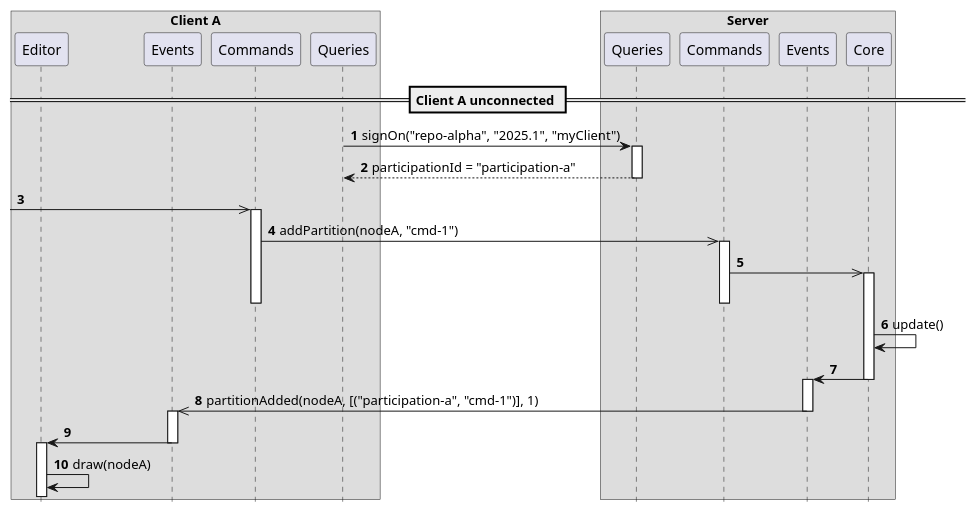
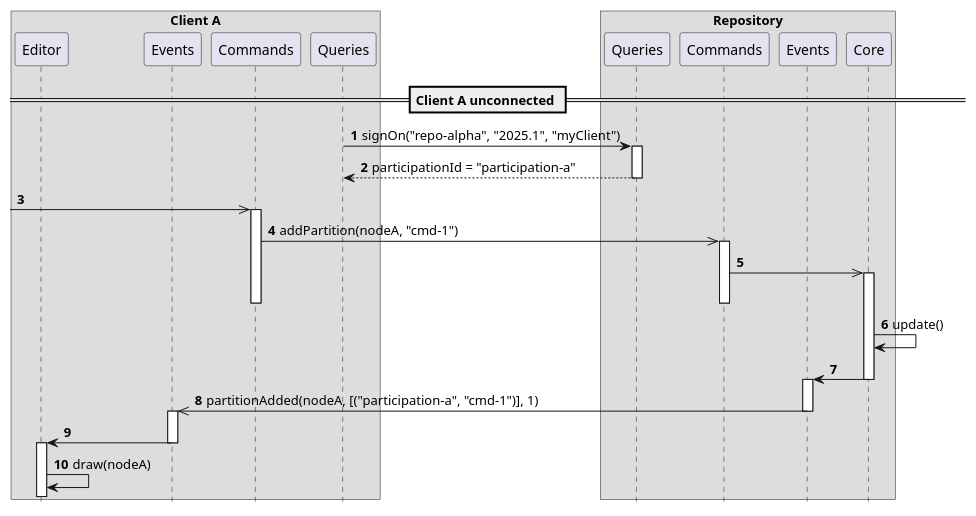
The diagram in delta/scenarios/virginRepo.adoc (LionWeb-io/specification), drawn with PlantUML before and after one commit. The commit also changed other lines of this file and 23 other files, not shown here.

```diff
--- a/delta/scenarios/virginRepo.adoc
+++ b/delta/scenarios/virginRepo.adoc
@@ -3,48 +3,48 @@
 [plantuml,virginRepo,svg]
 ----
 hide footbox
 autonumber
 
 box "Client A"
   participant Editor as editor
   participant Events as clientEvent
   participant Commands as clientCmd
   participant Queries as clientQuery
 end box
 
-box "Server"
+box "Repository"
   participant Queries as repoQuery
   participant Commands as repoCmd
 '  participant Queries  as rQry
   participant Events as repoEvent
   participant Core as core
 end box
 
 == Client A unconnected ==
 
 clientQuery -> repoQuery ++: signOn("repo-alpha", "2025.1", "myClient")
 return participationId = "participation-a"
 
 [->> clientCmd ++
 clientCmd ->> repoCmd ++: addPartition(nodeA, "cmd-1")
 repoCmd ->> core
 activate core
 deactivate clientCmd
 deactivate repoCmd
 
 core -> core: update()
 
 core -> repoEvent
 deactivate core
 
 activate repoEvent
 clientEvent <<- repoEvent: partitionAdded(nodeA, [("participation-a", "cmd-1")], 1)
 deactivate repoEvent
 
 activate clientEvent
 clientEvent -> editor
 deactivate clientEvent
 
 activate editor
 editor -> editor: draw(nodeA)
 ----
```
